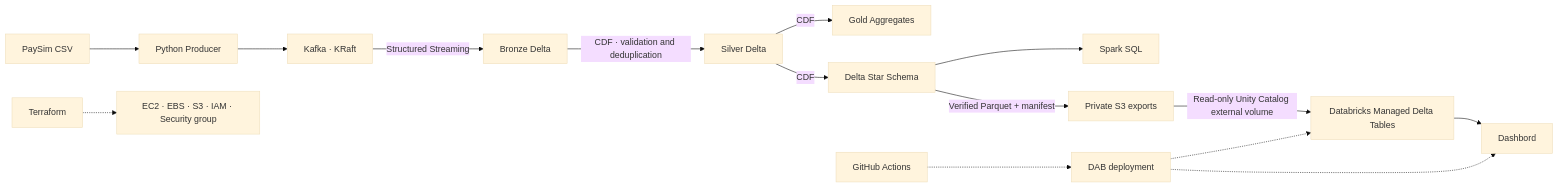
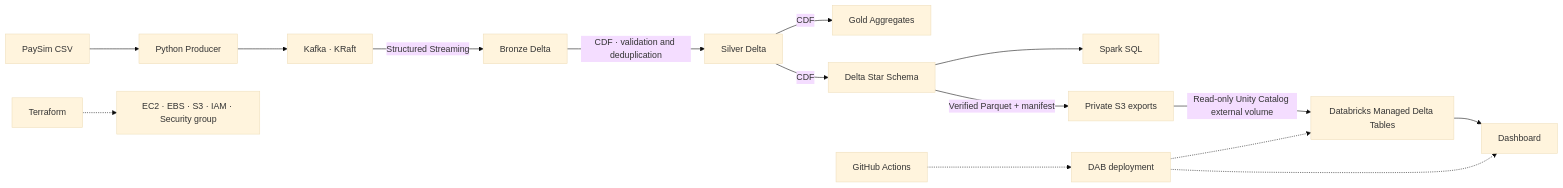
The diagram in README.md (Cedric-LEBE/PaySim-Lakehouse), drawn with Mermaid (base theme) before and after one commit.

Commit message:
Enhanced README

````diff
--- a/README.md
+++ b/README.md
@@ -11,17 +11,17 @@
 ```mermaid
 flowchart LR
     CSV[PaySim CSV] --> P[Python Producer]
     P --> K[Kafka · KRaft]
     K -->|Structured Streaming| B[Bronze Delta]
     B -->|CDF · validation and deduplication| S[Silver Delta]
     S -->|CDF| G[Gold Aggregates]
     S -->|CDF| E[Delta Star Schema]
     E --> SQL[Spark SQL]
     E -->|Verified Parquet + manifest| S3[Private S3 exports]
     S3 -->|Read-only Unity Catalog external volume| DB[Databricks Managed Delta Tables]
-    DB --> BI[Dashbord]
+    DB --> BI[Dashboard]
     TF[Terraform] -.-> AWS[EC2 · EBS · S3 · IAM · Security group]
     CI[GitHub Actions] -.-> DAB[DAB deployment]
     DAB -.-> DB
     DAB -.-> BI
 ```
````
